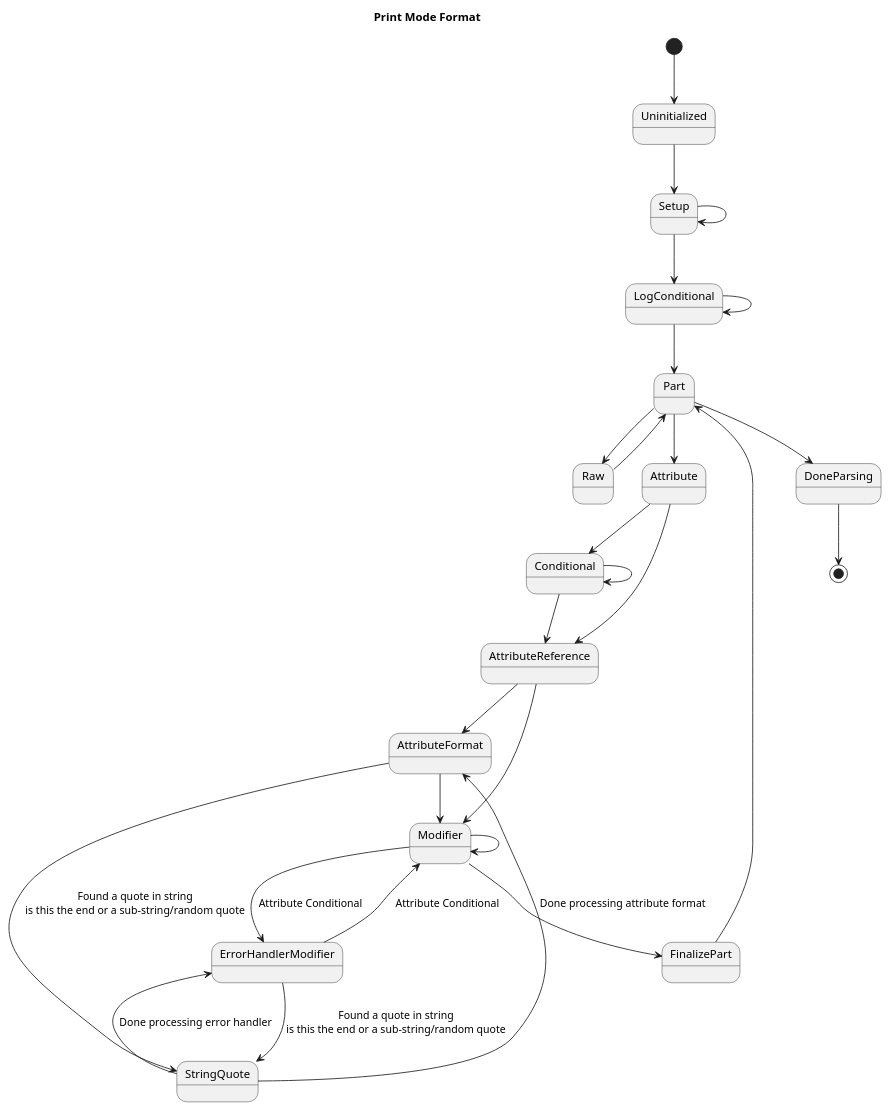
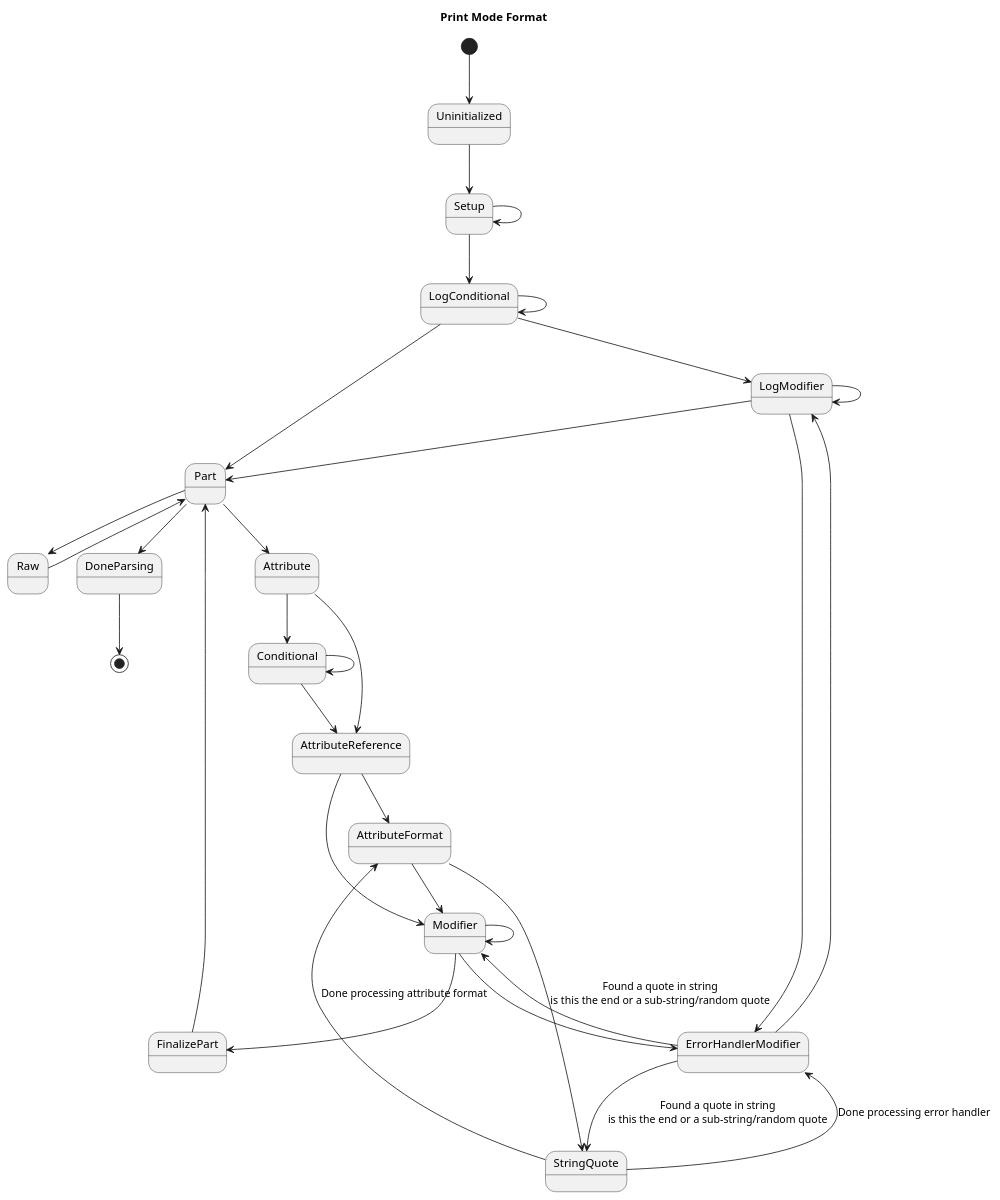
One commit to rcmaniac25/stethoscope changed the diagram in Docs/PrintModeParserStates.puml. Above: the diagram before and after it, drawn with PlantUML. The commit also changed 2 other files, not shown here.

```diff
--- a/Docs/PrintModeParserStates.puml
+++ b/Docs/PrintModeParserStates.puml
@@ -1,49 +1,56 @@
 @startuml
 
 title Print Mode Format
 
 [*] --> Uninitialized
 Uninitialized --> Setup
 
 Setup --> Setup
 Setup --> LogConditional
 
 LogConditional --> LogConditional
+LogConditional --> LogModifier
 LogConditional --> Part
+
+LogModifier --> LogModifier
+LogModifier --> Part
 
 Part --> Raw
 Part --> Attribute
 Part --> DoneParsing
 
 Raw --> Part
 
 Attribute --> Conditional
 Attribute --> AttributeReference
 
 Conditional --> Conditional
 Conditional --> AttributeReference
 
 AttributeReference --> AttributeFormat
 AttributeReference --> Modifier
 
 AttributeFormat --> Modifier
 ' is this needed?
 AttributeFormat --> StringQuote : Found a quote in string\nis this the end or a sub-string/random quote
 
 Modifier --> Modifier
 Modifier --> FinalizePart
 
 FinalizePart --> Part
 
 ' TODO
-Modifier --> ErrorHandlerModifier : Attribute Conditional
-ErrorHandlerModifier --> Modifier : Attribute Conditional
+LogModifier --> ErrorHandlerModifier
+ErrorHandlerModifier --> LogModifier
+
+Modifier --> ErrorHandlerModifier
+ErrorHandlerModifier --> Modifier
 
 ErrorHandlerModifier --> StringQuote : Found a quote in string\nis this the end or a sub-string/random quote
 
 StringQuote --> AttributeFormat : Done processing attribute format
 StringQuote --> ErrorHandlerModifier : Done processing error handler
 
 DoneParsing --> [*]
 
 @enduml
```
